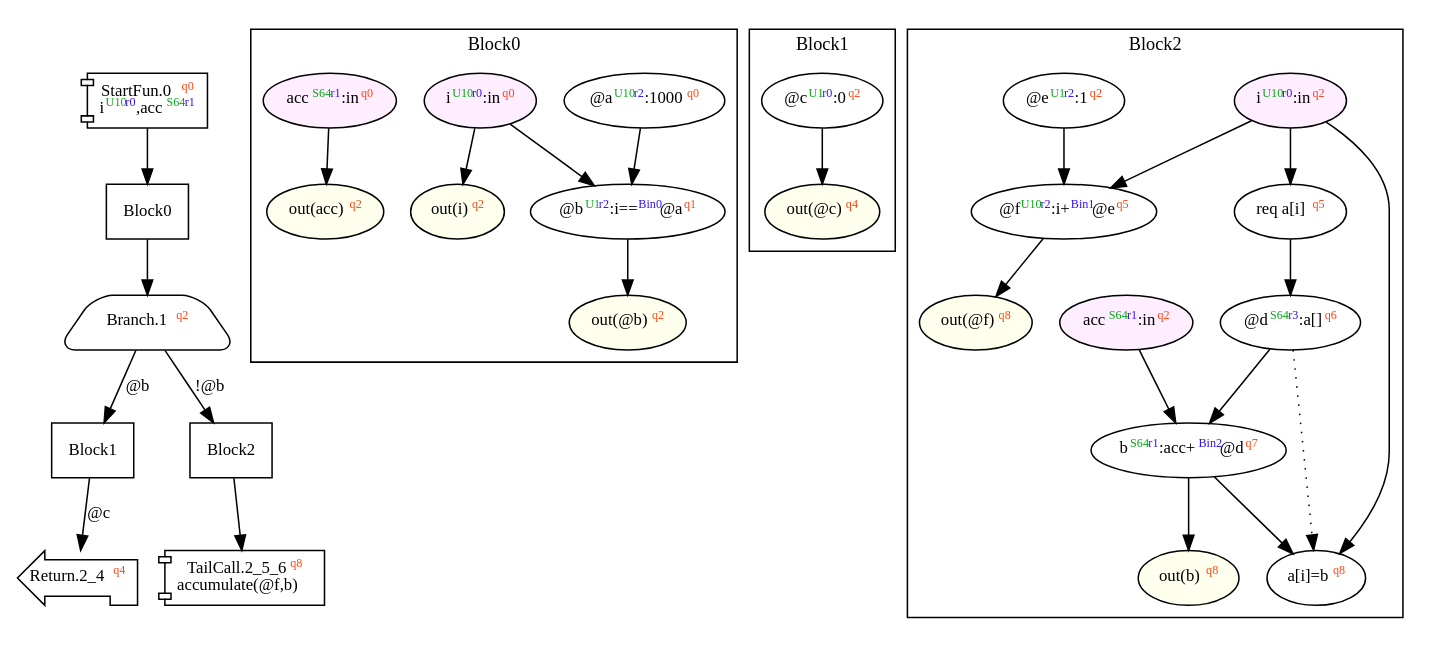
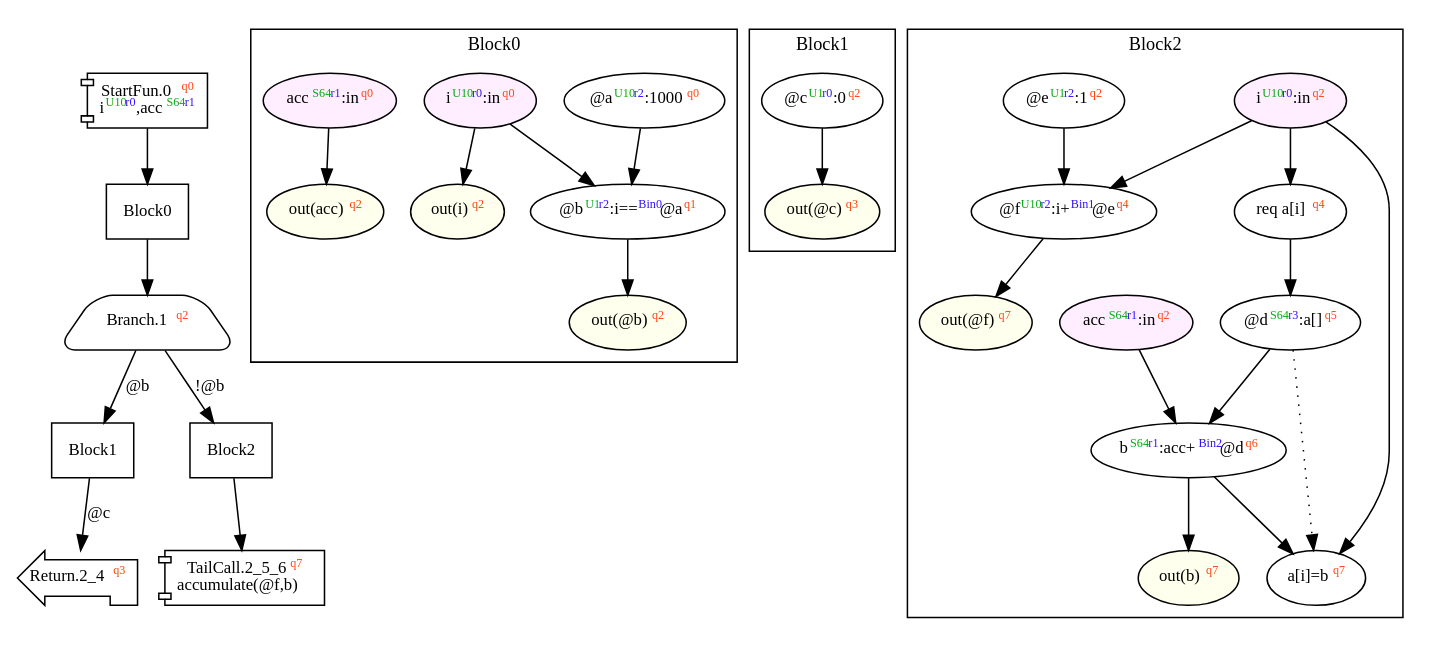
The diagram in dist/accumulate.dot (akouryy/SyntheScala), drawn with Graphviz before and after one commit. The commit also changed 30 other files, not shown here.

```diff
--- a/dist/accumulate.dot
+++ b/dist/accumulate.dot
@@ -1,69 +1,69 @@
 digraph Program_ {
   graph [fontname = "Monaco", fontsize = 12, ranksep = 0.5];
   node [shape = box, fontname = "Monaco", fontsize = 11; colorscheme = pastel19];
   edge [fontname = "Monaco", fontsize = 11; colorscheme = pastel19];
   Jump0[label = <StartFun.0<font color="#ff4411" point-size="8"><sup>q0</sup></font><br/>i<font color="#00aa11" point-size="8"><sup>U10</sup></font><font color="#3311ff" point-size="8"><sup>r0</sup></font>,acc<font color="#00aa11" point-size="8"><sup>S64</sup></font><font color="#3311ff" point-size="8"><sup>r1</sup></font>>; shape = component];
   Jump0 -> Block0;
   Jump1[
     label = <Branch.1<font color="#ff4411" point-size="8"><sup>q2</sup></font>>;
     shape = trapezium; style = rounded;
   ];
   Block0 -> Jump1;
   Jump1 -> Block1 [label="@b"];
   Jump1 -> Block2 [label="!@b"];
-  Jump2_4[label = <Return.2_4<font color="#ff4411" point-size="8"><sup>q4</sup></font>>; shape = lpromoter];
+  Jump2_4[label = <Return.2_4<font color="#ff4411" point-size="8"><sup>q3</sup></font>>; shape = lpromoter];
   Block1 -> Jump2_4 [label="@c"];
-  Jump2_5_6[label = <TailCall.2_5_6<font color="#ff4411" point-size="8"><sup>q8</sup></font><br/>accumulate(@f,b)>; shape = component];
+  Jump2_5_6[label = <TailCall.2_5_6<font color="#ff4411" point-size="8"><sup>q7</sup></font><br/>accumulate(@f,b)>; shape = component];
   Block2 -> Jump2_5_6;
   Block0 [label = "Block0"];
   Block1 [label = "Block1"];
   Block2 [label = "Block2"];
   subgraph cluster_dfg_Block0 {
     node [shape = oval];
     label = "Block0";
     0 [label=<@a<font color="#00aa11" point-size="8"><sup>U10</sup></font><font color="#3311ff" point-size="8"><sup>r2</sup></font>:1000<font color="#ff4411" point-size="8"><sup>q0</sup></font>>; ];
     20 [label=<out(@b)<font color="#ff4411" point-size="8"><sup>q2</sup></font>>; style="filled"; fillcolor="#ffffee";];
     1 [label=<@b<font color="#00aa11" point-size="8"><sup>U1</sup></font><font color="#3311ff" point-size="8"><sup>r2</sup></font>:i==<font color="#3311ff" point-size="8"><sup>Bin0</sup></font>@a<font color="#ff4411" point-size="8"><sup>q1</sup></font>>; ];
     17 [label=<i<font color="#00aa11" point-size="8"><sup>U10</sup></font><font color="#3311ff" point-size="8"><sup>r0</sup></font>:in<font color="#ff4411" point-size="8"><sup>q0</sup></font>>; style="filled"; fillcolor="#ffeeff";];
     18 [label=<out(acc)<font color="#ff4411" point-size="8"><sup>q2</sup></font>>; style="filled"; fillcolor="#ffffee";];
     16 [label=<acc<font color="#00aa11" point-size="8"><sup>S64</sup></font><font color="#3311ff" point-size="8"><sup>r1</sup></font>:in<font color="#ff4411" point-size="8"><sup>q0</sup></font>>; style="filled"; fillcolor="#ffeeff";];
     19 [label=<out(i)<font color="#ff4411" point-size="8"><sup>q2</sup></font>>; style="filled"; fillcolor="#ffffee";];
     0 -> 1;
     1 -> 20;
     16 -> 18;
     17 -> 1;
     17 -> 19;
   }
   subgraph cluster_dfg_Block1 {
     node [shape = oval];
     label = "Block1";
     2 [label=<@c<font color="#00aa11" point-size="8"><sup>U1</sup></font><font color="#3311ff" point-size="8"><sup>r0</sup></font>:0<font color="#ff4411" point-size="8"><sup>q2</sup></font>>; ];
-    12 [label=<out(@c)<font color="#ff4411" point-size="8"><sup>q4</sup></font>>; style="filled"; fillcolor="#ffffee";];
+    12 [label=<out(@c)<font color="#ff4411" point-size="8"><sup>q3</sup></font>>; style="filled"; fillcolor="#ffffee";];
     2 -> 12;
   }
   subgraph cluster_dfg_Block2 {
     node [shape = oval];
     label = "Block2";
-    5 [label=<b<font color="#00aa11" point-size="8"><sup>S64</sup></font><font color="#3311ff" point-size="8"><sup>r1</sup></font>:acc+<font color="#3311ff" point-size="8"><sup>Bin2</sup></font>@d<font color="#ff4411" point-size="8"><sup>q7</sup></font>>; ];
+    5 [label=<b<font color="#00aa11" point-size="8"><sup>S64</sup></font><font color="#3311ff" point-size="8"><sup>r1</sup></font>:acc+<font color="#3311ff" point-size="8"><sup>Bin2</sup></font>@d<font color="#ff4411" point-size="8"><sup>q6</sup></font>>; ];
     14 [label=<i<font color="#00aa11" point-size="8"><sup>U10</sup></font><font color="#3311ff" point-size="8"><sup>r0</sup></font>:in<font color="#ff4411" point-size="8"><sup>q2</sup></font>>; style="filled"; fillcolor="#ffeeff";];
-    6 [label=<a[i]=b<font color="#ff4411" point-size="8"><sup>q8</sup></font>>; ];
-    21 [label=<out(@f)<font color="#ff4411" point-size="8"><sup>q8</sup></font>>; style="filled"; fillcolor="#ffffee";];
+    6 [label=<a[i]=b<font color="#ff4411" point-size="8"><sup>q7</sup></font>>; ];
+    21 [label=<out(@f)<font color="#ff4411" point-size="8"><sup>q7</sup></font>>; style="filled"; fillcolor="#ffffee";];
     13 [label=<acc<font color="#00aa11" point-size="8"><sup>S64</sup></font><font color="#3311ff" point-size="8"><sup>r1</sup></font>:in<font color="#ff4411" point-size="8"><sup>q2</sup></font>>; style="filled"; fillcolor="#ffeeff";];
-    22 [label=<out(b)<font color="#ff4411" point-size="8"><sup>q8</sup></font>>; style="filled"; fillcolor="#ffffee";];
+    22 [label=<out(b)<font color="#ff4411" point-size="8"><sup>q7</sup></font>>; style="filled"; fillcolor="#ffffee";];
     7 [label=<@e<font color="#00aa11" point-size="8"><sup>U1</sup></font><font color="#3311ff" point-size="8"><sup>r2</sup></font>:1<font color="#ff4411" point-size="8"><sup>q2</sup></font>>; ];
-    3 [label=<req a[i]<font color="#ff4411" point-size="8"><sup>q5</sup></font>>; ];
-    8 [label=<@f<font color="#00aa11" point-size="8"><sup>U10</sup></font><font color="#3311ff" point-size="8"><sup>r2</sup></font>:i+<font color="#3311ff" point-size="8"><sup>Bin1</sup></font>@e<font color="#ff4411" point-size="8"><sup>q5</sup></font>>; ];
-    4 [label=<@d<font color="#00aa11" point-size="8"><sup>S64</sup></font><font color="#3311ff" point-size="8"><sup>r3</sup></font>:a[]<font color="#ff4411" point-size="8"><sup>q6</sup></font>>; ];
+    3 [label=<req a[i]<font color="#ff4411" point-size="8"><sup>q4</sup></font>>; ];
+    8 [label=<@f<font color="#00aa11" point-size="8"><sup>U10</sup></font><font color="#3311ff" point-size="8"><sup>r2</sup></font>:i+<font color="#3311ff" point-size="8"><sup>Bin1</sup></font>@e<font color="#ff4411" point-size="8"><sup>q4</sup></font>>; ];
+    4 [label=<@d<font color="#00aa11" point-size="8"><sup>S64</sup></font><font color="#3311ff" point-size="8"><sup>r3</sup></font>:a[]<font color="#ff4411" point-size="8"><sup>q5</sup></font>>; ];
     4 -> 5;
     5 -> 6;
     5 -> 22;
     7 -> 8;
     8 -> 21;
     13 -> 5;
     14 -> 3;
     14 -> 6;
     14 -> 8;
     3 -> 4 [style = solid];
     4 -> 6 [style = dotted];
   }
 }
```
